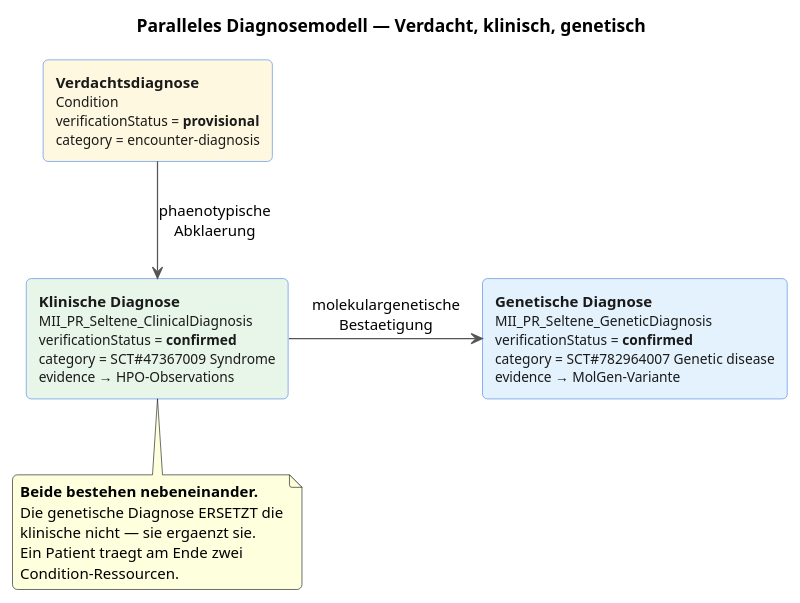
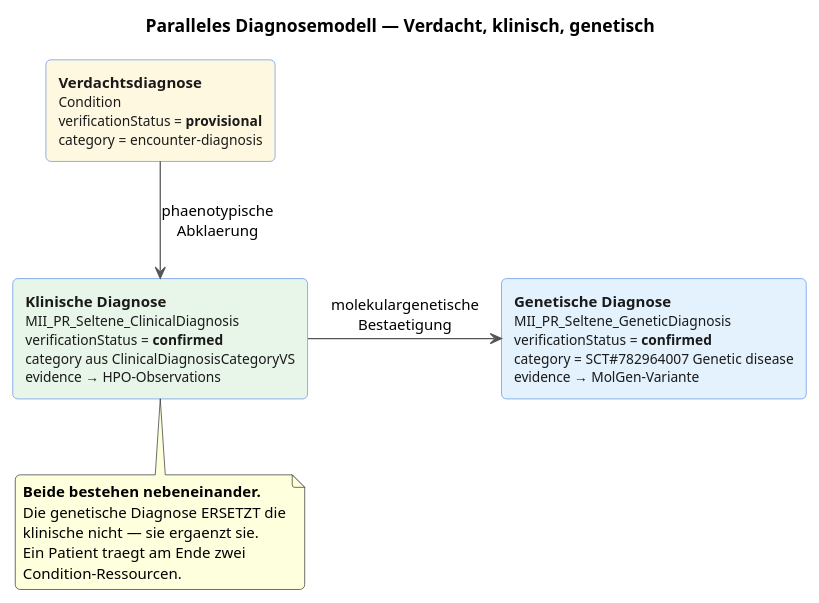
The diagram in input/images-source/diagnose-parallelmodell.puml (medizininformatik-initiative/kerndatensatzmodul-seltene-erkrankungen), drawn with PlantUML before and after one commit. The commit also changed 10 other files, not shown here.

```diff
--- a/input/images-source/diagnose-parallelmodell.puml
+++ b/input/images-source/diagnose-parallelmodell.puml
@@ -1,34 +1,34 @@
 @startuml
 ' Paralleles Diagnosemodell — ersetzt die drei kurzen FSH-Schnipsel auf der Seite
 ' clinical-genetic-diagnosis-guide. Beschriftungen bewusst sprachneutral
 ' (FHIR-Elementnamen, Codes), damit dieselbe SVG in beiden Sprachbaeumen taugt.
 skinparam backgroundColor transparent
 skinparam shadowing false
 skinparam roundcorner 8
 skinparam defaultFontName Helvetica
 skinparam defaultFontSize 12
 skinparam ArrowColor #555555
 skinparam rectangle {
   BorderColor #4a86e8
   BackgroundColor #eef4fd
   FontColor #1a1a1a
 }
 
 title Paralleles Diagnosemodell — Verdacht, klinisch, genetisch
 
 rectangle "**Verdachtsdiagnose**\n<size:11>Condition</size>\n<size:11>verificationStatus = **provisional**</size>\n<size:11>category = encounter-diagnosis</size>" as V #fff8e1
-rectangle "**Klinische Diagnose**\n<size:11>MII_PR_Seltene_ClinicalDiagnosis</size>\n<size:11>verificationStatus = **confirmed**</size>\n<size:11>category = SCT#47367009 Syndrome</size>\n<size:11>evidence → HPO-Observations</size>" as K #e8f5e9
+rectangle "**Klinische Diagnose**\n<size:11>MII_PR_Seltene_ClinicalDiagnosis</size>\n<size:11>verificationStatus = **confirmed**</size>\n<size:11>category aus ClinicalDiagnosisCategoryVS</size>\n<size:11>evidence → HPO-Observations</size>" as K #e8f5e9
 rectangle "**Genetische Diagnose**\n<size:11>MII_PR_Seltene_GeneticDiagnosis</size>\n<size:11>verificationStatus = **confirmed**</size>\n<size:11>category = SCT#782964007 Genetic disease</size>\n<size:11>evidence → MolGen-Variante</size>" as G #e3f2fd
 
 V -down-> K : phaenotypische\nAbklaerung
 K -right-> G : molekulargenetische\nBestaetigung
 
 note bottom of K
   **Beide bestehen nebeneinander.**
   Die genetische Diagnose ERSETZT die
   klinische nicht — sie ergaenzt sie.
   Ein Patient traegt am Ende zwei
   Condition-Ressourcen.
 end note
 
 @enduml
```
